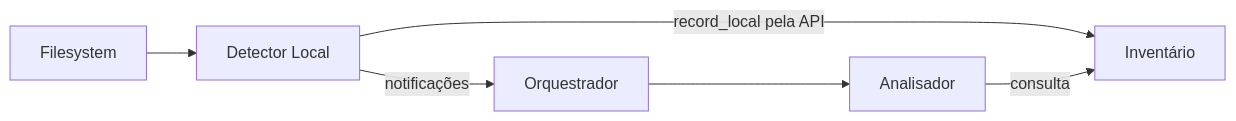
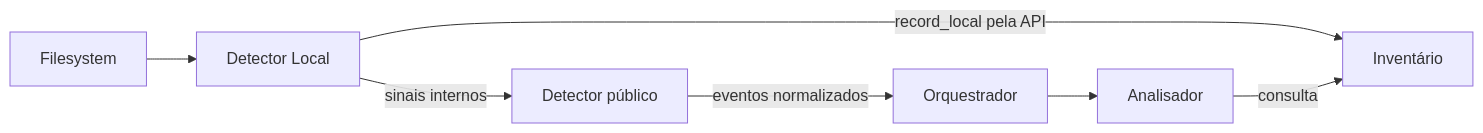
One commit to rafatosta/drivesync changed the diagram in docs/engine/detectors/local/README.md. Above: the diagram before and after it, drawn with Mermaid. The commit also changed other lines of this file, not shown here.

Commit message:
docs: route local detector notifications through parent facade

````diff
--- a/docs/engine/detectors/local/README.md
+++ b/docs/engine/detectors/local/README.md
@@ -22,8 +22,9 @@
 ```mermaid
 flowchart LR
   FS[Filesystem] --> DL[Detector Local]
   DL -->|record_local pela API| INV[Inventário]
-  DL -->|notificações| ORQ[Orquestrador]
+  DL -->|sinais internos| DET[Detector público]
+  DET -->|eventos normalizados| ORQ[Orquestrador]
   ORQ --> AN[Analisador]
   AN -->|consulta| INV
 ```
````
